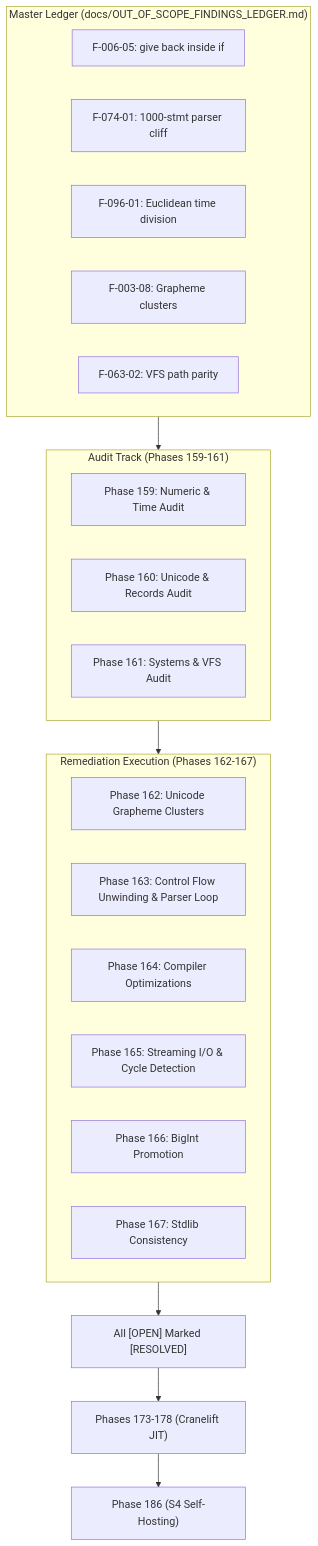
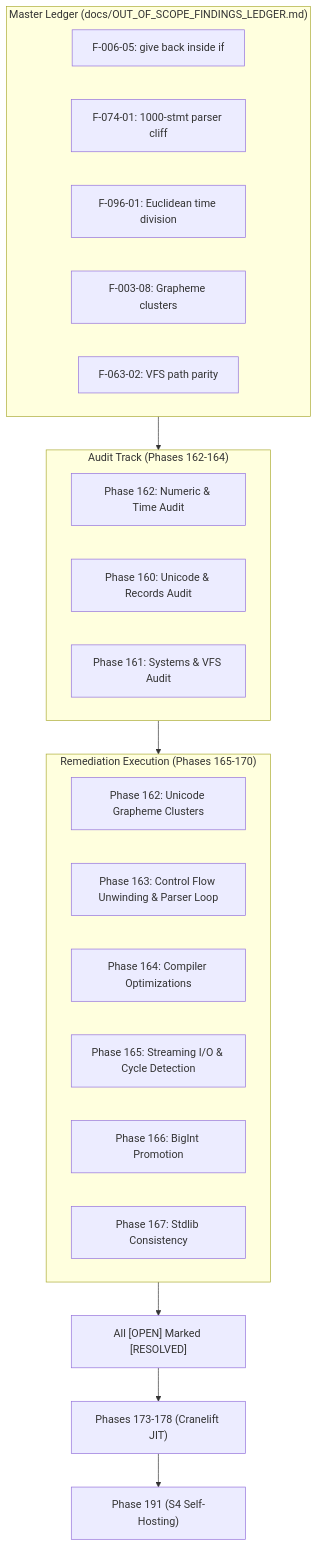
The diagram in docs/OUT_OF_SCOPE_FINDINGS_LEDGER.md (authorss81/redblue), drawn with Mermaid before and after one commit. The commit also changed other lines of this file and 3 other files, not shown here.

Commit message:
docs: establish continuous sequential integer phase roadmap (Phases 127–191)

````diff
--- a/docs/OUT_OF_SCOPE_FINDINGS_LEDGER.md
+++ b/docs/OUT_OF_SCOPE_FINDINGS_LEDGER.md
@@ -95,31 +95,31 @@
 ```mermaid
 flowchart TD
     subgraph MasterLedger["Master Ledger (docs/OUT_OF_SCOPE_FINDINGS_LEDGER.md)"]
         F1["F-006-05: give back inside if"]
         F2["F-074-01: 1000-stmt parser cliff"]
         F3["F-096-01: Euclidean time division"]
         F4["F-003-08: Grapheme clusters"]
         F5["F-063-02: VFS path parity"]
     end
 
-    subgraph AuditTracks["Audit Track (Phases 159-161)"]
-        P159["Phase 159: Numeric & Time Audit"]
+    subgraph AuditTracks["Audit Track (Phases 162-164)"]
+        P159["Phase 162: Numeric & Time Audit"]
         P160["Phase 160: Unicode & Records Audit"]
         P161["Phase 161: Systems & VFS Audit"]
     end
 
-    subgraph RemediationPasses["Remediation Execution (Phases 162-167)"]
+    subgraph RemediationPasses["Remediation Execution (Phases 165-170)"]
         P162["Phase 162: Unicode Grapheme Clusters"]
         P163["Phase 163: Control Flow Unwinding & Parser Loop"]
         P164["Phase 164: Compiler Optimizations"]
         P165["Phase 165: Streaming I/O & Cycle Detection"]
         P166["Phase 166: BigInt Promotion"]
         P167["Phase 167: Stdlib Consistency"]
     end
 
     MasterLedger --> AuditTracks
     AuditTracks --> RemediationPasses
     RemediationPasses --> Gates["All [OPEN] Marked [RESOLVED]"]
     Gates --> JIT["Phases 173-178 (Cranelift JIT)"]
-    JIT --> S4["Phase 186 (S4 Self-Hosting)"]
+    JIT --> S4["Phase 191 (S4 Self-Hosting)"]
 ```
````
